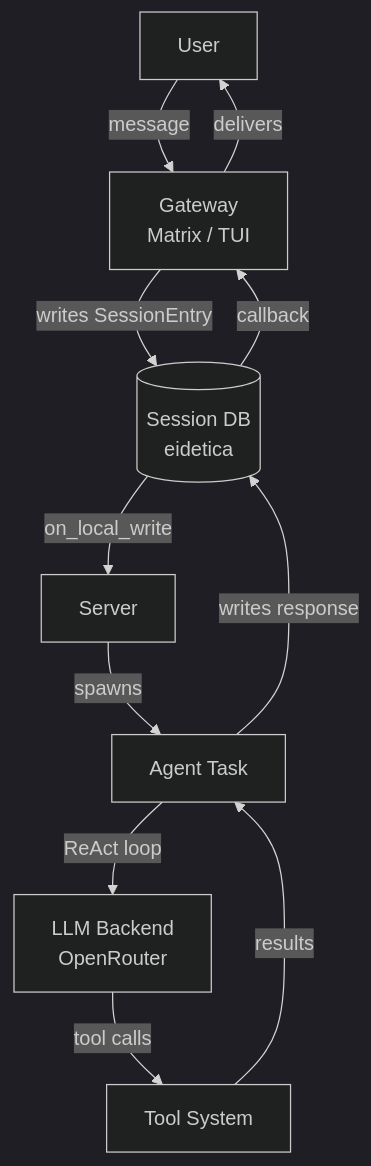
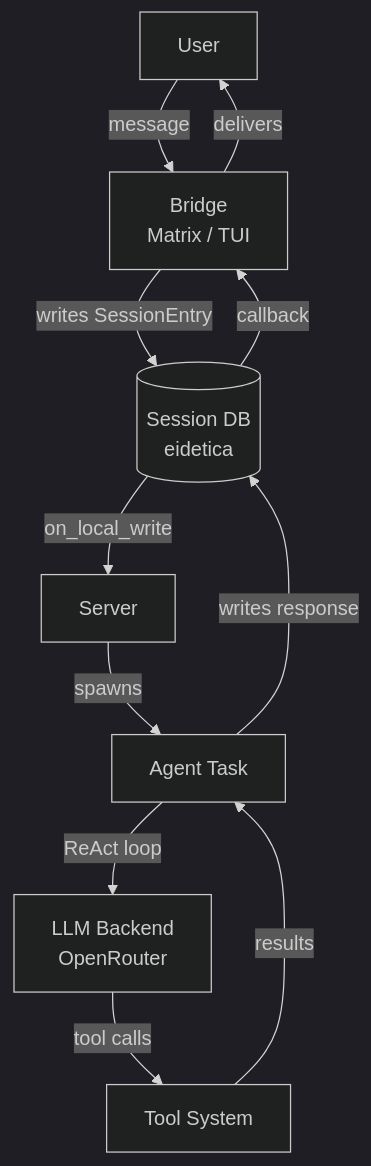
One commit to arcuru/chaz changed the diagram in docs/src/index.md. Above: the diagram before and after it, drawn with Mermaid (dark theme). The commit also changed other lines of this file and 62 other files, not shown here.

First line of the commit message:
refactor: rename gateway → bridge across the transport layer

````diff
--- a/docs/src/index.md
+++ b/docs/src/index.md
@@ -44,13 +44,13 @@
 ```mermaid
 graph TD
-    U[User] -->|message| G[Gateway<br/>Matrix / TUI]
+    U[User] -->|message| G[Bridge<br/>Matrix / TUI]
     G -->|writes SessionEntry| S[(Session DB<br/>eidetica)]
     S -->|on_local_write| SV[Server]
     SV -->|spawns| A[Agent Task]
     A -->|ReAct loop| LLM[LLM Backend<br/>OpenRouter]
     LLM -->|tool calls| T[Tool System]
     T -->|results| A
     A -->|writes response| S
     S -->|callback| G
     G -->|delivers| U
 ```
````
